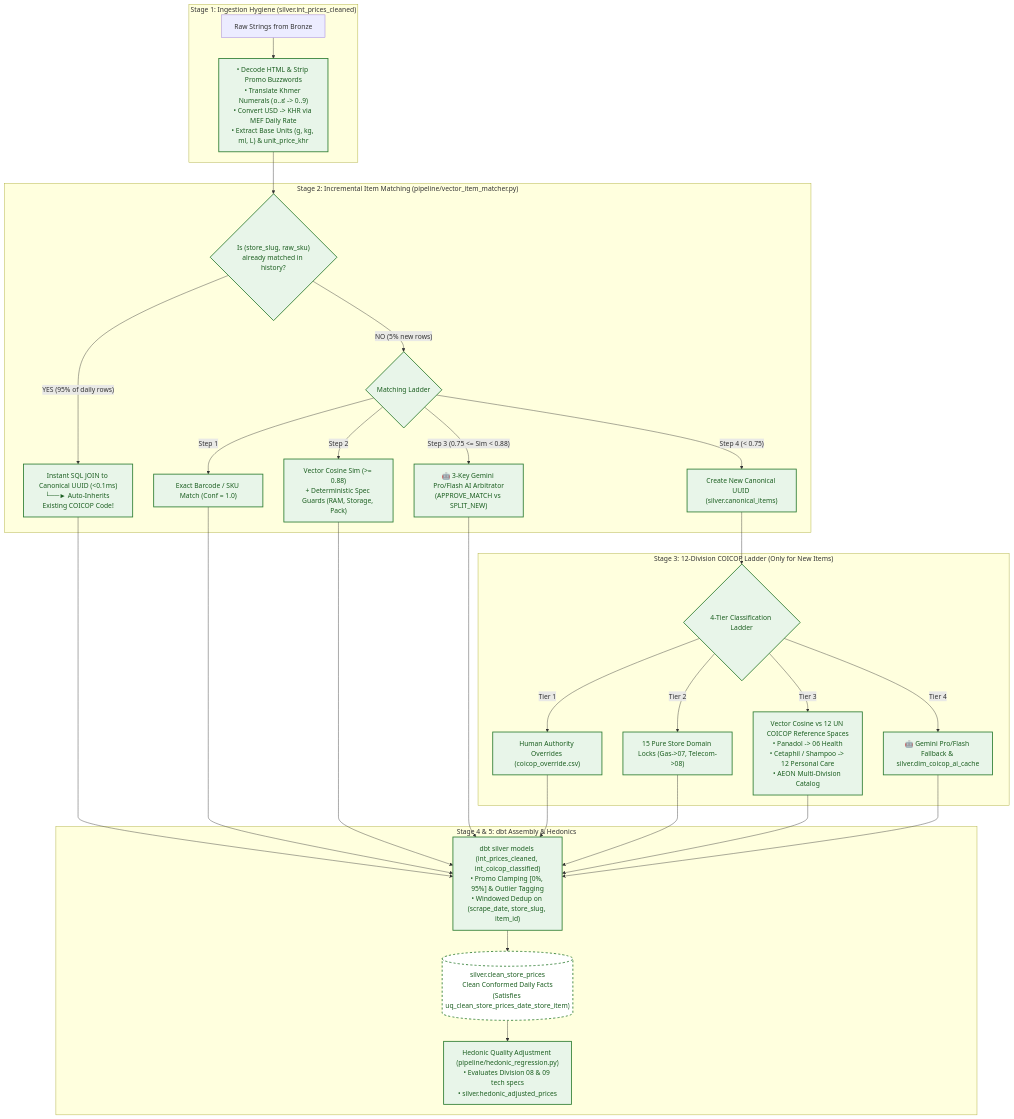
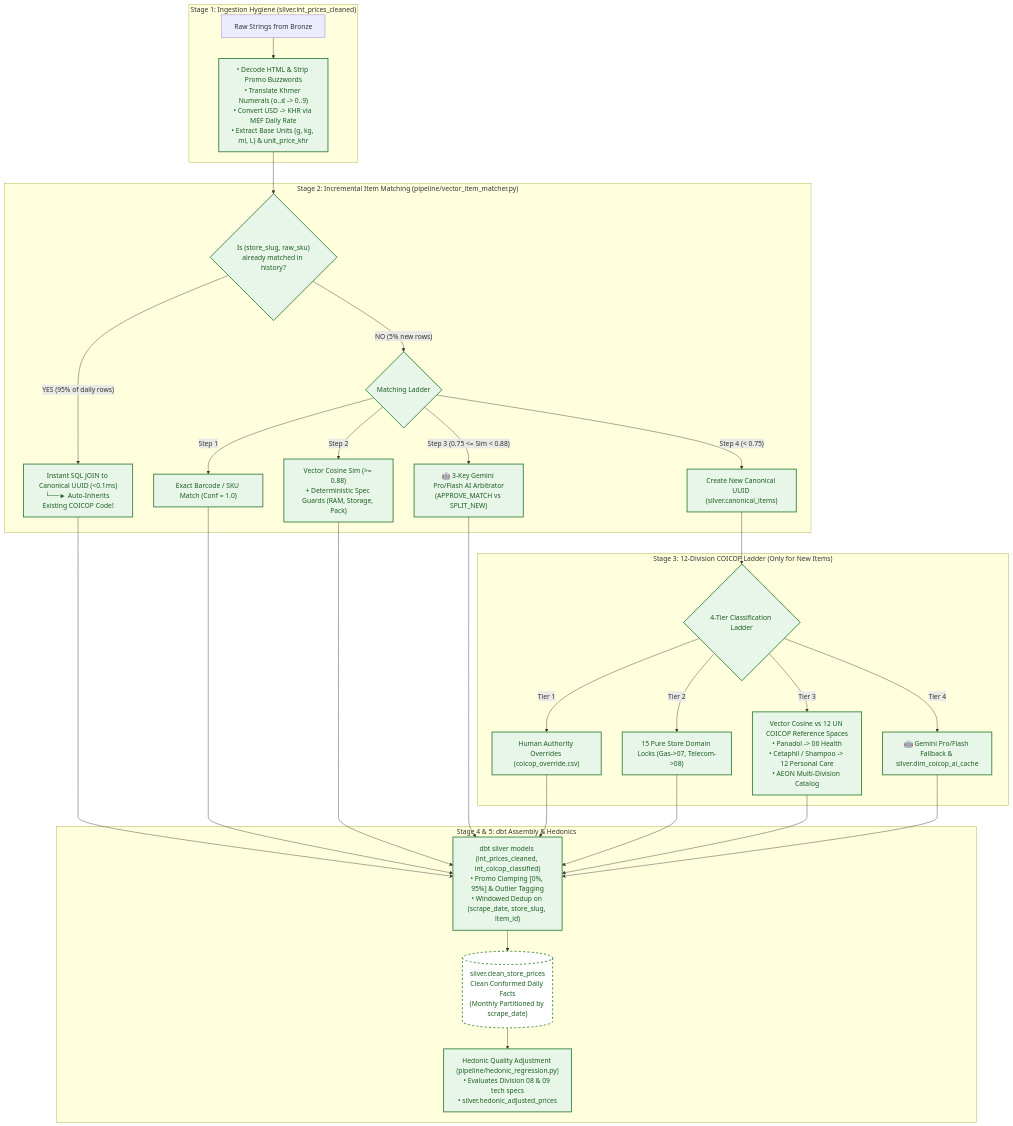
One commit to Korngmeng-Taing/Cambodia-cpi-pipeline changed the third of 4 diagrams in docs/ARCHITECTURE_DIAGRAMS.md. Above: the diagram before and after it, drawn with Mermaid. The commit also changed 2 other files, not shown here.

Commit message:
docs(schema): update DDL, architecture diagrams, and README for monthly partitioning

````diff
--- a/docs/ARCHITECTURE_DIAGRAMS.md
+++ b/docs/ARCHITECTURE_DIAGRAMS.md
@@ -112,36 +112,36 @@
 ```mermaid
 flowchart TD
     subgraph Stage1["Stage 1: Ingestion Hygiene (silver.int_prices_cleaned)"]
         A1["Raw Strings from Bronze"] --> A2["• Decode HTML & Strip Promo Buzzwords\n• Translate Khmer Numerals (០..៩ -> 0..9)\n• Convert USD -> KHR via MEF Daily Rate\n• Extract Base Units (g, kg, ml, L) & unit_price_khr"]
     end
 
     subgraph Stage2["Stage 2: Incremental Item Matching (pipeline/vector_item_matcher.py)"]
         A2 --> B1{"Is (store_slug, raw_sku)\nalready matched in history?"}
         B1 -- "YES (95% of daily rows)" --> B2["Instant SQL JOIN to Canonical UUID (<0.1ms)\n└──► Auto-Inherits Existing COICOP Code!"]
         B1 -- "NO (5% new rows)" --> B3{"Matching Ladder"}
         
         B3 -- "Step 1" --> B4["Exact Barcode / SKU Match (Conf = 1.0)"]
         B3 -- "Step 2" --> B5["Vector Cosine Sim (>= 0.88)\n+ Deterministic Spec Guards (RAM, Storage, Pack)"]
         B3 -- "Step 3 (0.75 <= Sim < 0.88)" --> B6["🤖 3-Key Gemini Pro/Flash AI Arbitrator\n(APPROVE_MATCH vs SPLIT_NEW)"]
         B3 -- "Step 4 (< 0.75)" --> B7["Create New Canonical UUID (silver.canonical_items)"]
     end
 
     subgraph Stage3["Stage 3: 12-Division COICOP Ladder (Only for New Items)"]
         B7 --> C1{"4-Tier Classification Ladder"}
         C1 -- "Tier 1" --> C2["Human Authority Overrides (coicop_override.csv)"]
         C1 -- "Tier 2" --> C3["15 Pure Store Domain Locks (Gas->07, Telecom->08)"]
         C1 -- "Tier 3" --> C4["Vector Cosine vs 12 UN COICOP Reference Spaces\n• Panadol -> 06 Health\n• Cetaphil / Shampoo -> 12 Personal Care\n• AEON Multi-Division Catalog"]
         C1 -- "Tier 4" --> C5["🤖 Gemini Pro/Flash Fallback & silver.dim_coicop_ai_cache"]
     end
 
     subgraph Stage4["Stage 4 & 5: dbt Assembly & Hedonics"]
         C2 & C3 & C4 & C5 & B2 & B4 & B5 & B6 --> D1["dbt silver models (int_prices_cleaned, int_coicop_classified)\n• Promo Clamping [0%, 95%] & Outlier Tagging\n• Windowed Dedup on (scrape_date, store_slug, item_id)"]
-        D1 --> D2[("silver.clean_store_prices\nClean Conformed Daily Facts\n(Satisfies uq_clean_store_prices_date_store_item)")]
+        D1 --> D2[("silver.clean_store_prices\nClean Conformed Daily Facts\n(Monthly Partitioned by scrape_date)")]
         D2 --> D3["Hedonic Quality Adjustment (pipeline/hedonic_regression.py)\n• Evaluates Division 08 & 09 tech specs\n• silver.hedonic_adjusted_prices"]
     end
 
     classDef slvBox fill:#e8f5e9,stroke:#2e7d32,stroke-width:2px,color:#1b5e20;
     classDef slvTable fill:#ffffff,stroke:#2e7d32,stroke-width:2px,stroke-dasharray: 5 5,color:#1b5e20;
     class A2,B1,B2,B3,B4,B5,B6,B7,C1,C2,C3,C4,C5,D1,D3 slvBox;
     class D2 slvTable;
 ```
````
